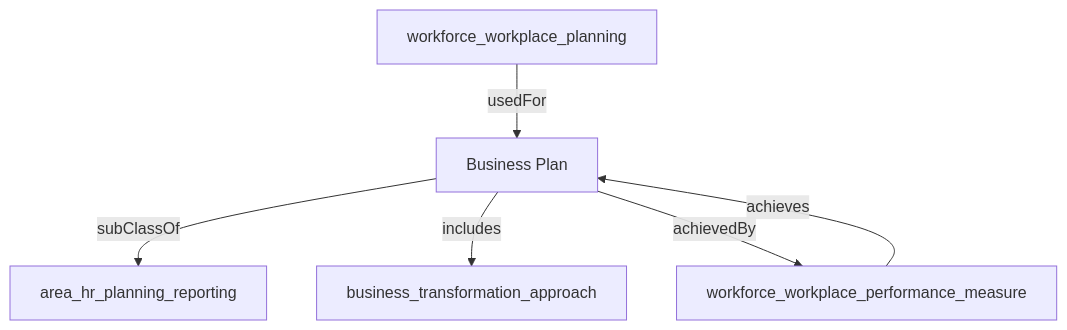
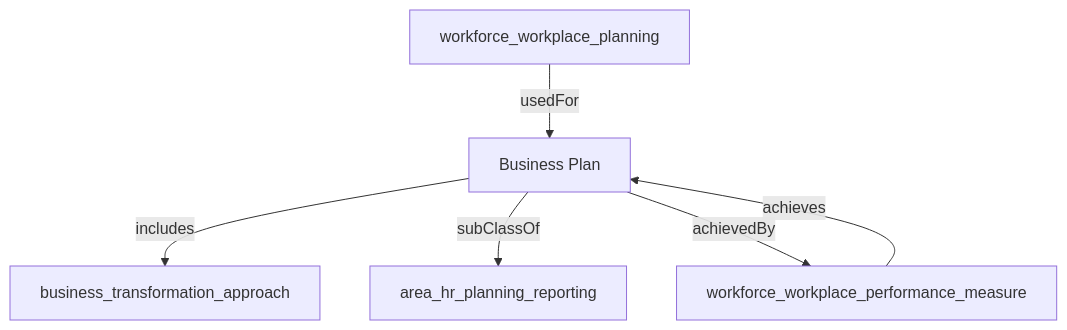
One commit to heidingaway/heidi2 changed the diagram in content/hr_data_model/business_plan.md. Above: the diagram before and after it, drawn with Mermaid. The commit also changed other lines of this file and 350 other files, not shown here.

````diff
--- a/content/hr_data_model/business_plan.md
+++ b/content/hr_data_model/business_plan.md
@@ -23,13 +24,13 @@
 ```mermaid
 graph TD
   Business_Plan["Business Plan"]:::current-page-node
   area_hr_planning_reporting["area_hr_planning_reporting"]
   workforce_workplace_performance_measure["workforce_workplace_performance_measure"]
   business_transformation_approach["business_transformation_approach"]
   workforce_workplace_planning["workforce_workplace_planning"]
+  Business_Plan-->|" includes "|business_transformation_approach
   Business_Plan-->|" subClassOf "|area_hr_planning_reporting
-  Business_Plan-->|" includes "|business_transformation_approach
+  workforce_workplace_planning-->|" usedFor "|Business_Plan
+  Business_Plan-->|" achievedBy "|workforce_workplace_performance_measure
   workforce_workplace_performance_measure-->|" achieves "|Business_Plan
-  Business_Plan-->|" achievedBy "|workforce_workplace_performance_measure
-  workforce_workplace_planning-->|" usedFor "|Business_Plan
 ```
````
